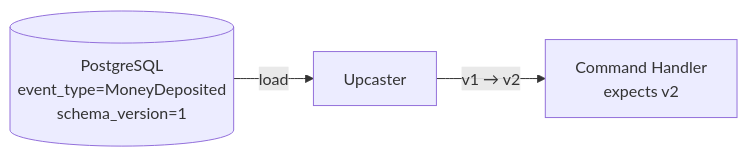
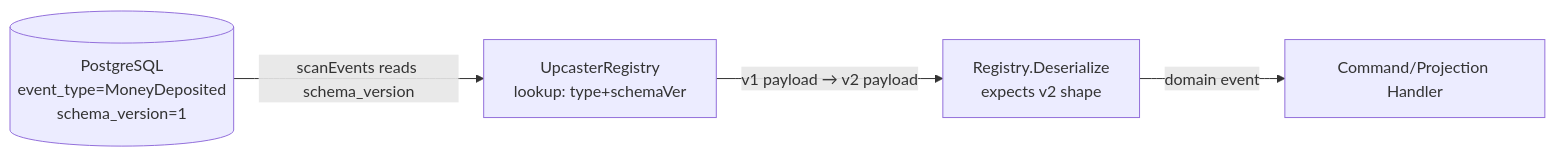
The diagram in docs/plans/plan-009-event-versioning.md (savvinovan/event-sourcing-learning), drawn with Mermaid before and after one commit. The commit also changed other lines of this file and 16 other files, not shown here.

First line of the commit message:
feat(plan-009): event schema versioning with upcasting

````diff
--- a/docs/plans/plan-009-event-versioning.md
+++ b/docs/plans/plan-009-event-versioning.md
@@ -26,6 +38,7 @@
 ```mermaid
 flowchart LR
     DB[(PostgreSQL\nevent_type=MoneyDeposited\nschema_version=1)]
-    -->|load| Upcaster
-    -->|v1 → v2| Handler[Command Handler\nexpects v2]
+    -->|scanEvents reads schema_version| UC[UpcasterRegistry\nlookup: type+schemaVer]
+    -->|v1 payload → v2 payload| REG[Registry.Deserialize\nexpects v2 shape]
+    -->|domain event| Handler[Command/Projection Handler]
 ```
````
